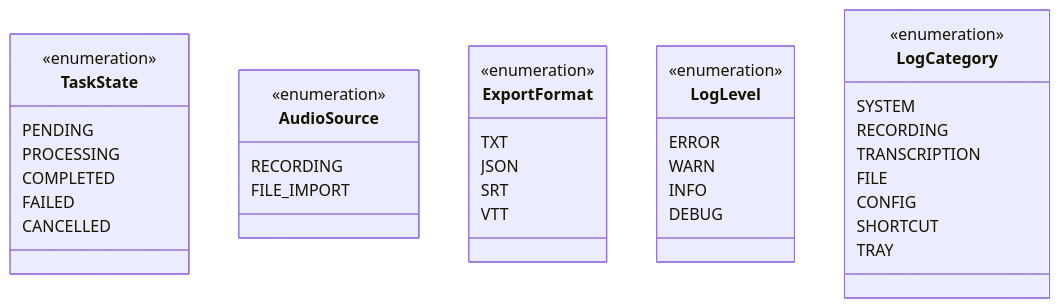
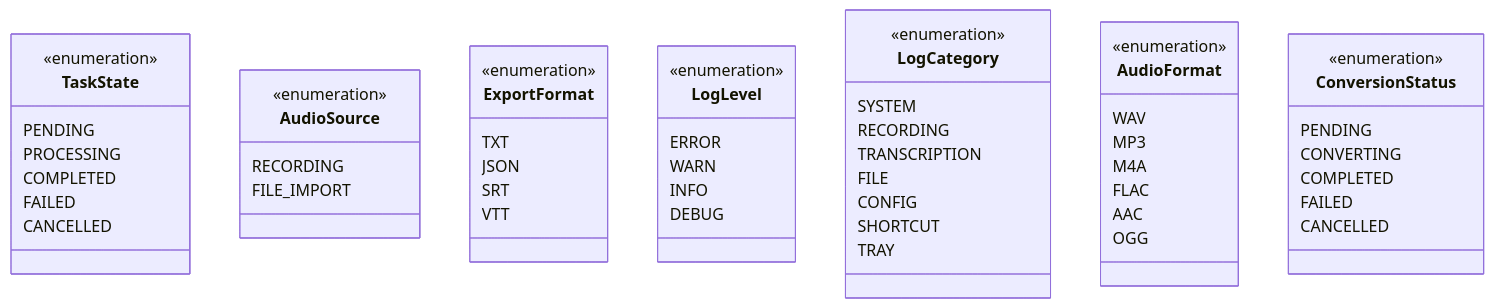
One commit to harveyzhang814/recording-whisper-menubar changed the third of 3 diagrams in docs/technicalDesign.md. Above: the diagram before and after it, drawn with Mermaid. The commit also changed other lines of this file and 18 other files, not shown here.

````diff
--- a/docs/technicalDesign.md
+++ b/docs/technicalDesign.md
@@ -1461,44 +1756,63 @@
 ```mermaid
 classDiagram
     class TaskState {
         <<enumeration>>
         PENDING
         PROCESSING
         COMPLETED
         FAILED
         CANCELLED
     }
     
     class AudioSource {
         <<enumeration>>
         RECORDING
         FILE_IMPORT
     }
     
     class ExportFormat {
         <<enumeration>>
         TXT
         JSON
         SRT
         VTT
     }
     
     class LogLevel {
         <<enumeration>>
         ERROR
         WARN
         INFO
         DEBUG
     }
     
     class LogCategory {
         <<enumeration>>
         SYSTEM
         RECORDING
         TRANSCRIPTION
         FILE
         CONFIG
         SHORTCUT
         TRAY
     }
+    
+    class AudioFormat {
+        <<enumeration>>
+        WAV
+        MP3
+        M4A
+        FLAC
+        AAC
+        OGG
+    }
+    
+    class ConversionStatus {
+        <<enumeration>>
+        PENDING
+        CONVERTING
+        COMPLETED
+        FAILED
+        CANCELLED
+    }
 ```
````
